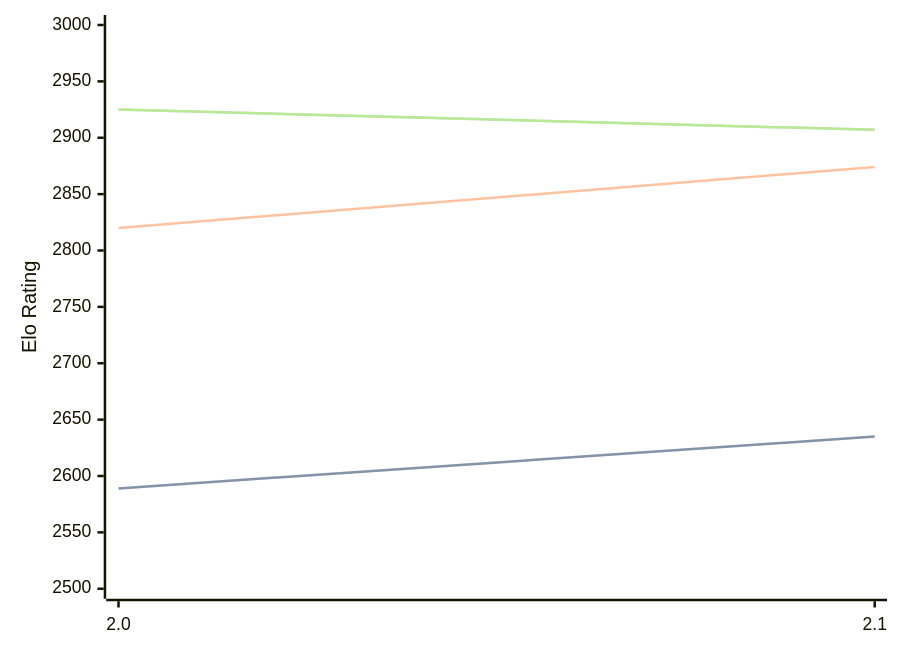
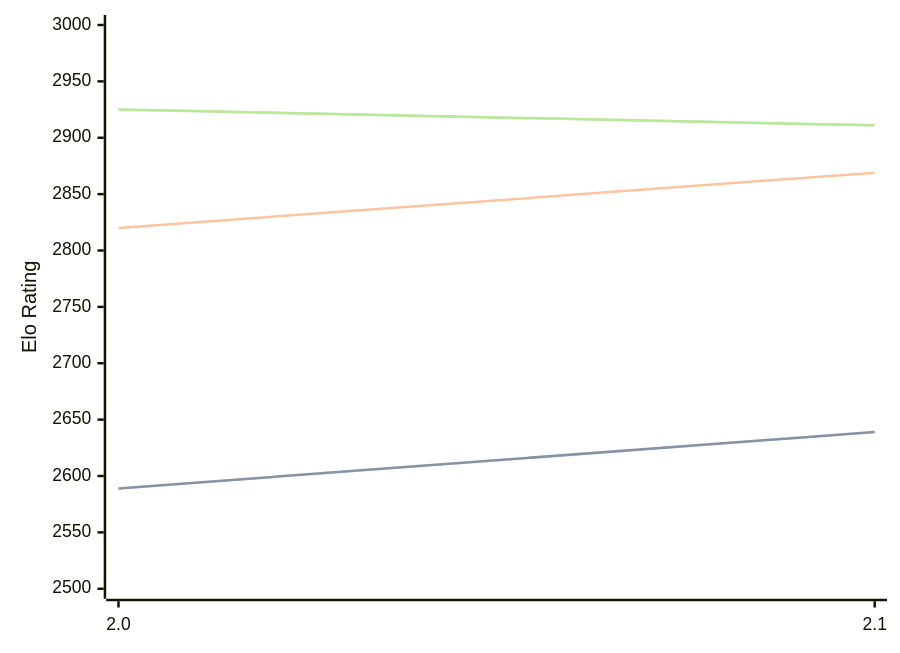
One commit to computer-chess-index/cci changed the diagram in engines/Noggin.md. Above: the diagram before and after it, drawn with Mermaid. The commit also changed other lines of this file, not shown here.

Commit message:
Update CCI Ratings (ELO VLTC) - 2026-07-30

````diff
--- a/engines/Noggin.md
+++ b/engines/Noggin.md
@@ -33,11 +33,11 @@
 ```mermaid
 %%{init: {"theme":"base","themeVariables":{"seriesColors:['#a3a3a3','#222221','#faa371']}}}%%
 xychart-beta
   x-axis ["2.0", "2.1"]
   y-axis "Elo Rating" 2500 --> 3000
-  line "STC (8.0+0.08s)" [2589, 2635]
-  line "STC (8.0+0.08s)" [2589, 2635]
-  line "LTC (60.0+0.60s)" [2820, 2874]
-  line "VLTC (2m24s+1.12s)" [2925, 2907]
-  line "VLTC (2m24s+1.12s)" [2925, 2907]
+  line "STC (8.0+0.08s)" [2589, 2639]
+  line "STC (8.0+0.08s)" [2589, 2639]
+  line "LTC (60.0+0.60s)" [2820, 2869]
+  line "VLTC (2m24s+1.12s)" [2925, 2911]
+  line "VLTC (2m24s+1.12s)" [2925, 2911]
 ```
````
